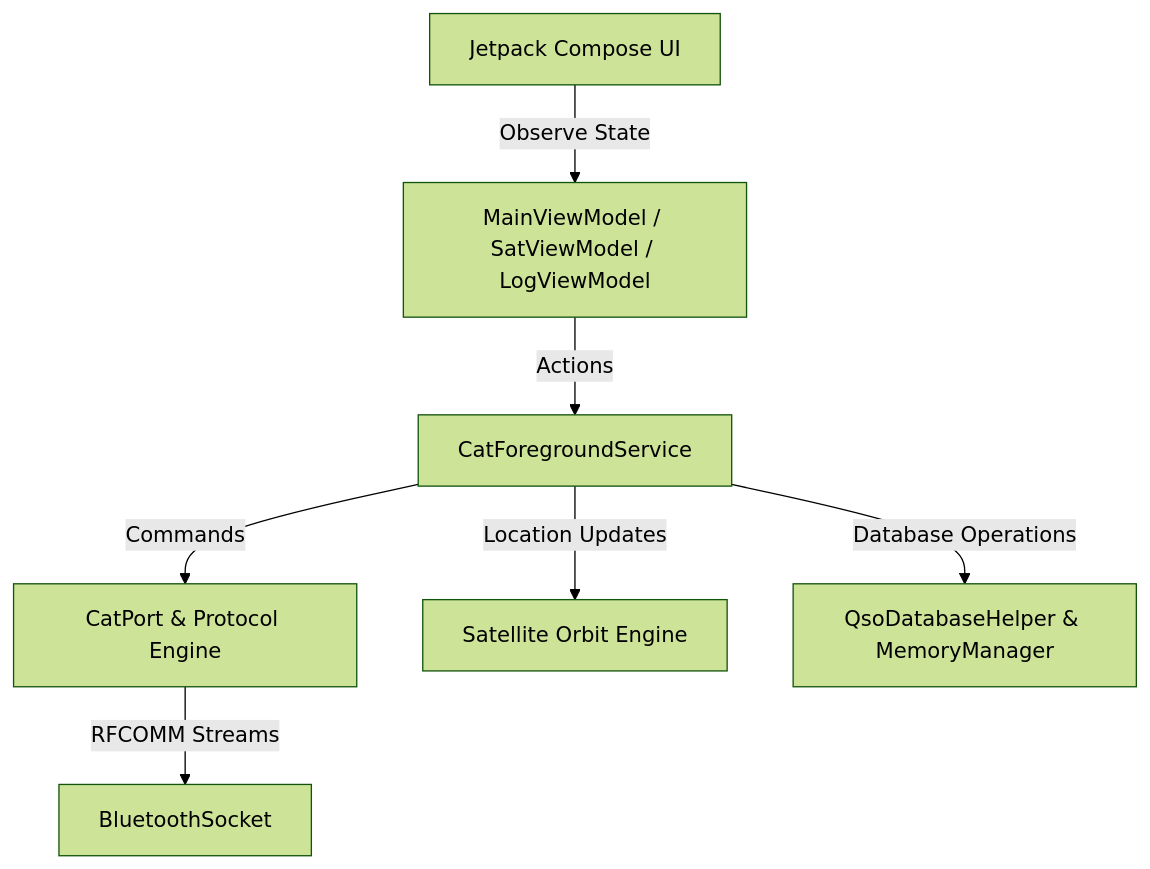
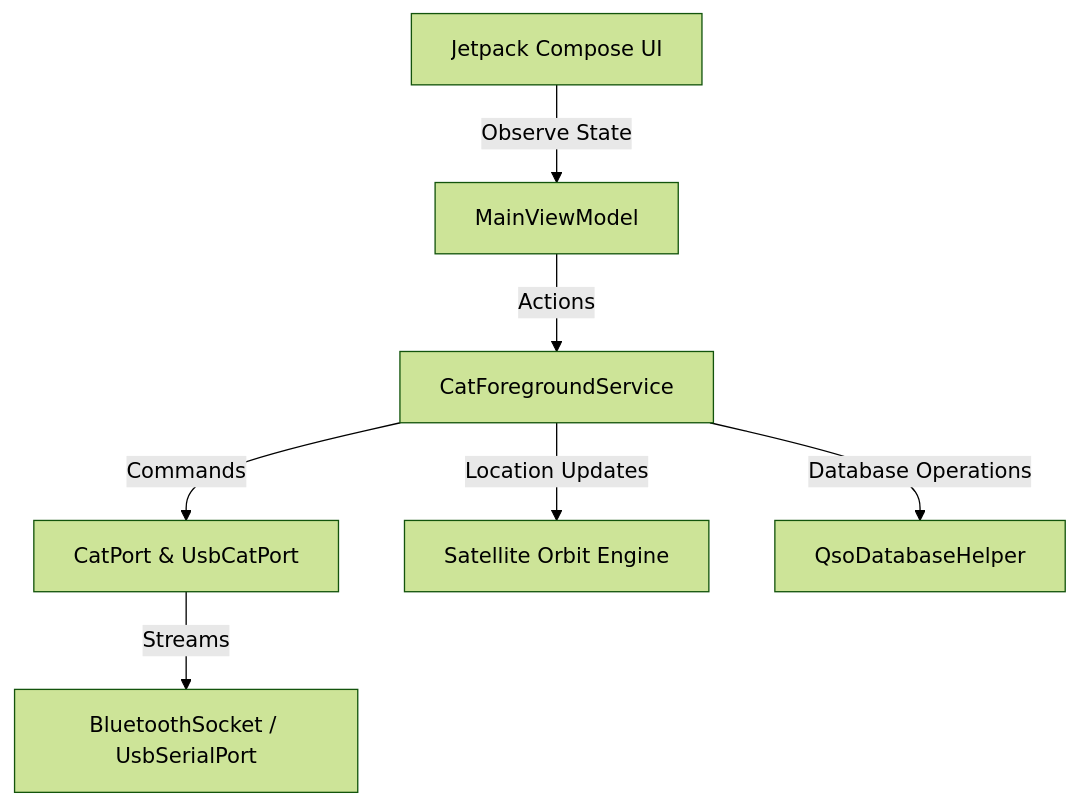
Before and after one commit to spacemishka/FT81xCompanion: the diagram in Documentation/implementation_plan.md, drawn with Mermaid (forest theme). The commit also changed other lines of this file and 5 other files, not shown here.

````diff
--- a/Documentation/implementation_plan.md
+++ b/Documentation/implementation_plan.md
@@ -27,9 +11,9 @@
 ```mermaid
 graph TD
-    UI[Jetpack Compose UI] -->|Observe State| VM[MainViewModel / SatViewModel / LogViewModel]
+    UI[Jetpack Compose UI] -->|Observe State| VM[MainViewModel]
     VM -->|Actions| Service[CatForegroundService]
-    Service -->|Commands| Port[CatPort & Protocol Engine]
-    Port -->|RFCOMM Streams| Socket[BluetoothSocket]
+    Service -->|Commands| Port[CatPort & UsbCatPort]
+    Port -->|Streams| Socket[BluetoothSocket / UsbSerialPort]
     Service -->|Location Updates| Sat[Satellite Orbit Engine]
-    Service -->|Database Operations| DB[QsoDatabaseHelper & MemoryManager]
+    Service -->|Database Operations| DB[QsoDatabaseHelper]
 ```
````
